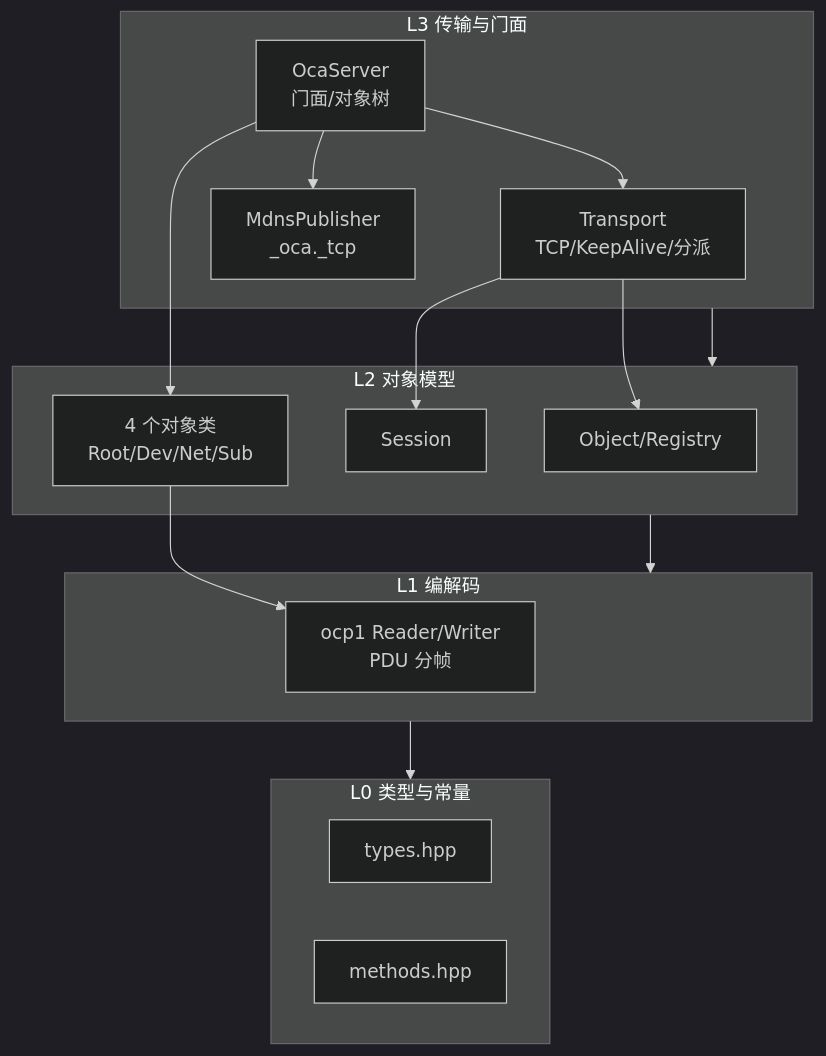
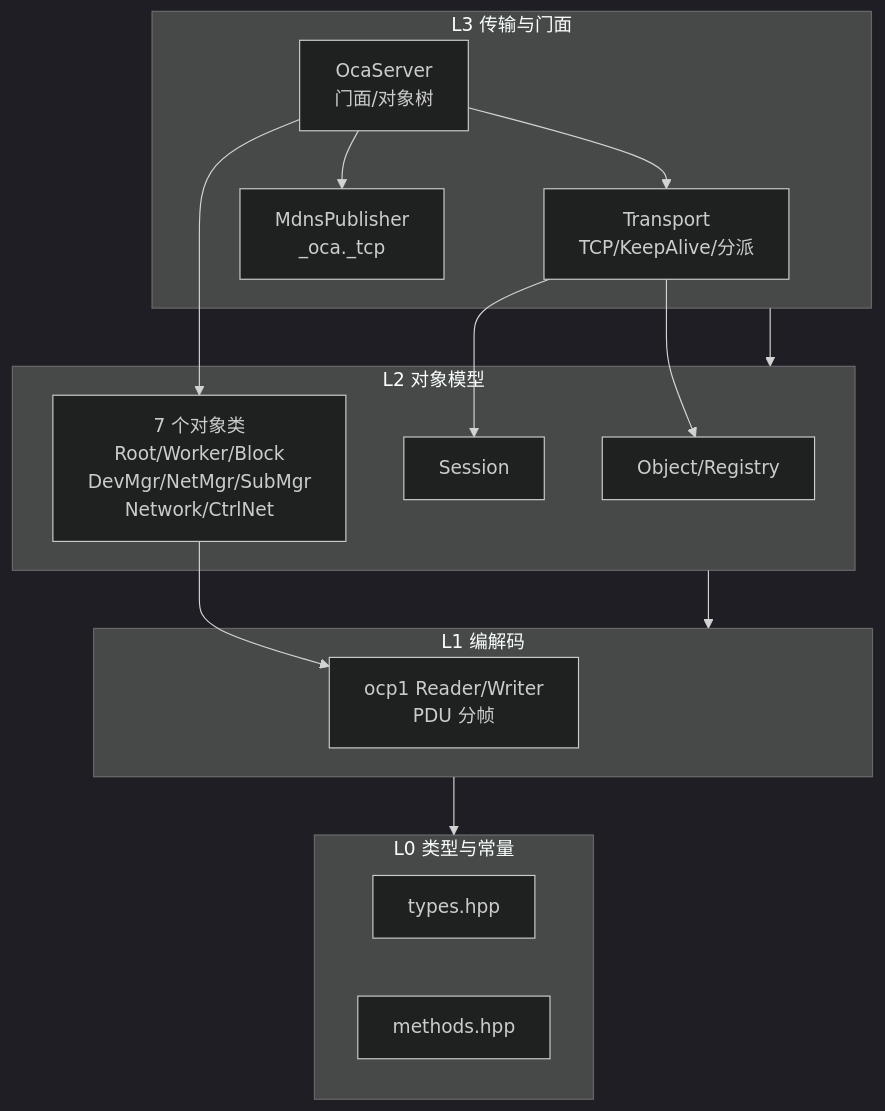
One commit to JunJunHub/aes67-linux-daemon changed the first of 3 diagrams in docs/ops/oca-design-and-maintenance.md. Above: the diagram before and after it, drawn with Mermaid (dark theme). The commit also changed other lines of this file and 5 other files, not shown here.

````diff
--- a/docs/ops/oca-design-and-maintenance.md
+++ b/docs/ops/oca-design-and-maintenance.md
@@ -11,29 +11,29 @@
 ```mermaid
 flowchart TB
     subgraph L3["L3 传输与门面"]
         T["Transport<br/>TCP/KeepAlive/分派"]
         OS["OcaServer<br/>门面/对象树"]
         MDNS["MdnsPublisher<br/>_oca._tcp"]
     end
     subgraph L2["L2 对象模型"]
         OBJ["Object/Registry"]
         SES["Session"]
-        CLS["4 个对象类<br/>Root/Dev/Net/Sub"]
+        CLS["7 个对象类<br/>Root/Worker/Block<br/>DevMgr/NetMgr/SubMgr<br/>Network/CtrlNet"]
     end
     subgraph L1["L1 编解码"]
         OCP["ocp1 Reader/Writer<br/>PDU 分帧"]
     end
     subgraph L0["L0 类型与常量"]
         TYP["types.hpp"]
         MTH["methods.hpp"]
     end
     L3 --> L2
     L2 --> L1
     L1 --> L0
     OS --> T
     OS --> CLS
     OS --> MDNS
     T --> SES
     T --> OBJ
     CLS --> OCP
 ```
````
